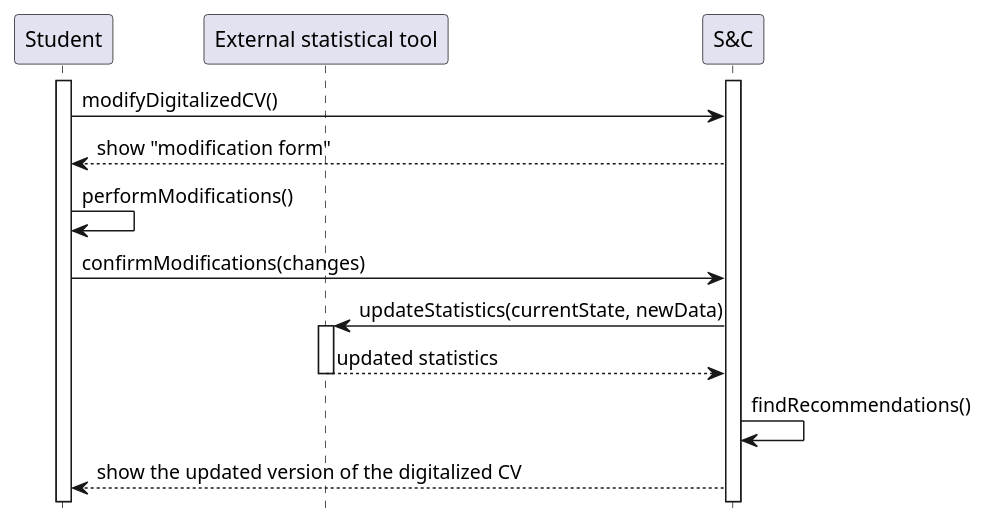
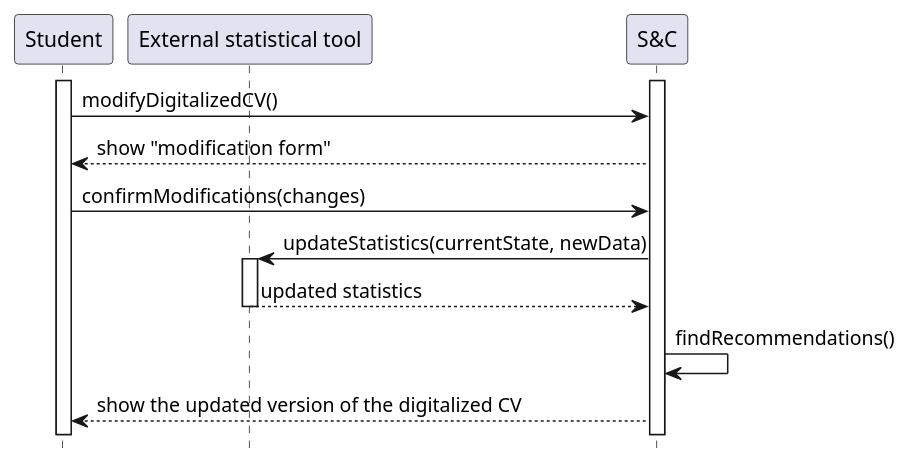
Before and after one commit to matti8702/R_and_DD_project_SE2: the diagram in RASD/Specific_requirements/uml_diagrams/UC9_diagram.puml, drawn with PlantUML. The commit also changed 2 other files, not shown here.

Commit message:
fix: fix use cases diagrams

```diff
--- a/RASD/Specific_requirements/uml_diagrams/UC9_diagram.puml
+++ b/RASD/Specific_requirements/uml_diagrams/UC9_diagram.puml
@@ -1,20 +1,19 @@
 @startuml UC9_diagram
 hide footbox
 
 participant "Student" as ST
 participant "External statistical tool" AS EXT
 participant "S&C" AS S
 
 activate S
 activate ST
 ST -> S: modifyDigitalizedCV()
 S --> ST: show "modification form"
-ST -> ST: performModifications()
 ST -> S: confirmModifications(changes)
 S -> EXT: updateStatistics(currentState, newData)
 activate EXT
 EXT --> S: updated statistics
 deactivate EXT
 S -> S: findRecommendations()
 S --> ST: show the updated version of the digitalized CV
 @enduml
```
